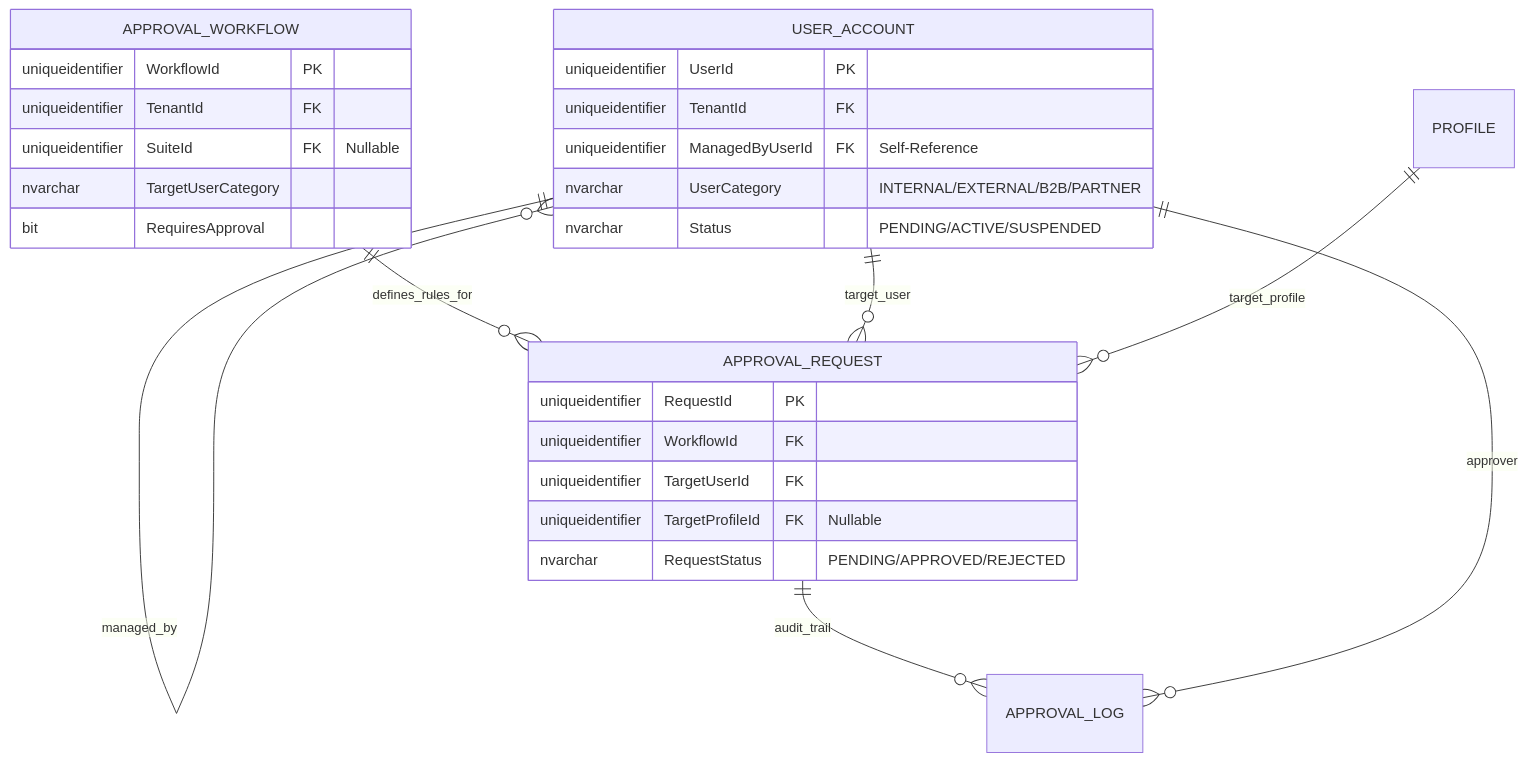
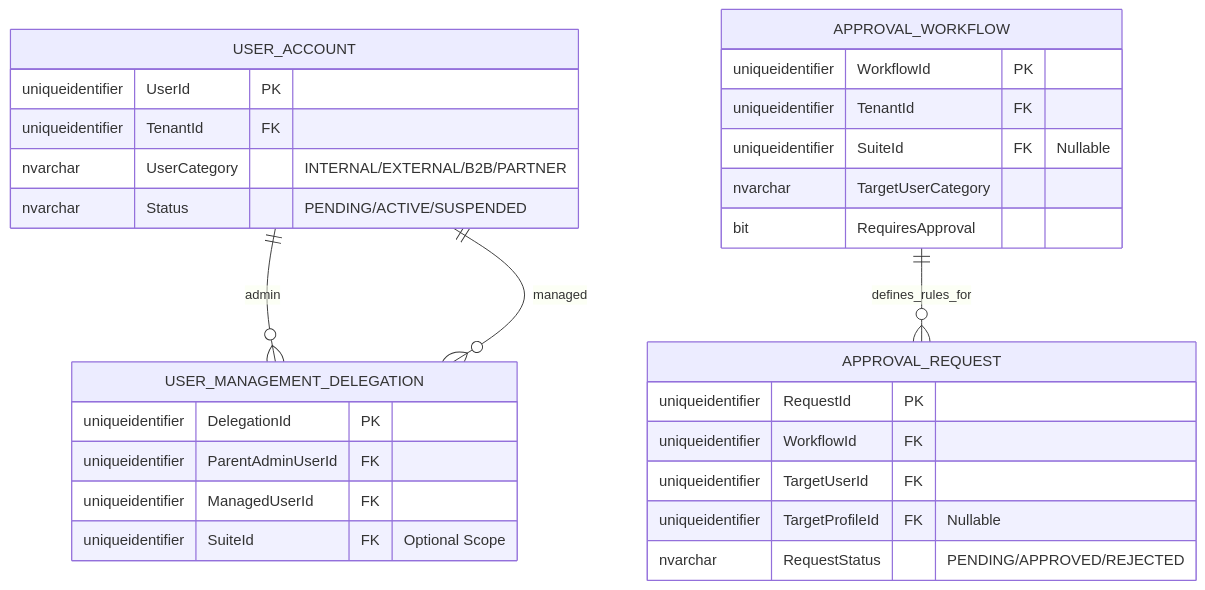
Before and after one commit to beyondnetcode/ums: the fourth of 4 diagrams in architecture/blueprints/database-design-er.md, drawn with Mermaid. The commit also changed other lines of this file and 4 other files, not shown here.

Commit message:
refactor(auth): evolve delegated administration to Many-to-Many model (USER_MANAGEMENT_DELEGATION)

````diff
--- a/architecture/blueprints/database-design-er.md
+++ b/architecture/blueprints/database-design-er.md
@@ -132,33 +133,36 @@
 ```mermaid
 erDiagram
-    USER_ACCOUNT ||--o{ USER_ACCOUNT : "managed_by"
+    USER_ACCOUNT ||--o{ USER_MANAGEMENT_DELEGATION : "admin"
+    USER_ACCOUNT ||--o{ USER_MANAGEMENT_DELEGATION : "managed"
     APPROVAL_WORKFLOW ||--o{ APPROVAL_REQUEST : "defines_rules_for"
-    APPROVAL_REQUEST ||--o{ APPROVAL_LOG : "audit_trail"
-    USER_ACCOUNT ||--o{ APPROVAL_REQUEST : "target_user"
-    USER_ACCOUNT ||--o{ APPROVAL_LOG : "approver"
-    PROFILE ||--o{ APPROVAL_REQUEST : "target_profile"
     
     USER_ACCOUNT {
         uniqueidentifier UserId PK
         uniqueidentifier TenantId FK
-        uniqueidentifier ManagedByUserId FK "Self-Reference"
         nvarchar UserCategory "INTERNAL/EXTERNAL/B2B/PARTNER"
         nvarchar Status "PENDING/ACTIVE/SUSPENDED"
+    }
+
+    USER_MANAGEMENT_DELEGATION {
+        uniqueidentifier DelegationId PK
+        uniqueidentifier ParentAdminUserId FK
+        uniqueidentifier ManagedUserId FK
+        uniqueidentifier SuiteId FK "Optional Scope"
     }
     
     APPROVAL_WORKFLOW {
         uniqueidentifier WorkflowId PK
         uniqueidentifier TenantId FK
         uniqueidentifier SuiteId FK "Nullable"
         nvarchar TargetUserCategory
         bit RequiresApproval
     }
     
     APPROVAL_REQUEST {
         uniqueidentifier RequestId PK
         uniqueidentifier WorkflowId FK
         uniqueidentifier TargetUserId FK
         uniqueidentifier TargetProfileId FK "Nullable"
         nvarchar RequestStatus "PENDING/APPROVED/REJECTED"
     }
 ```
````
